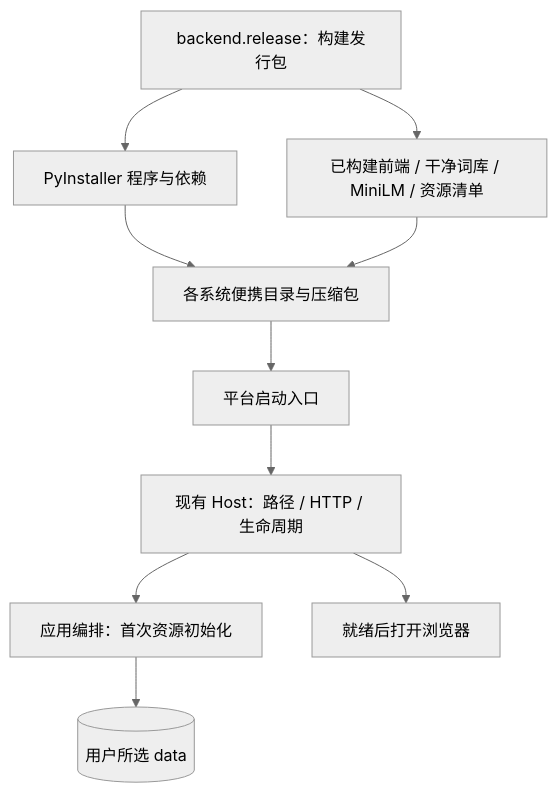
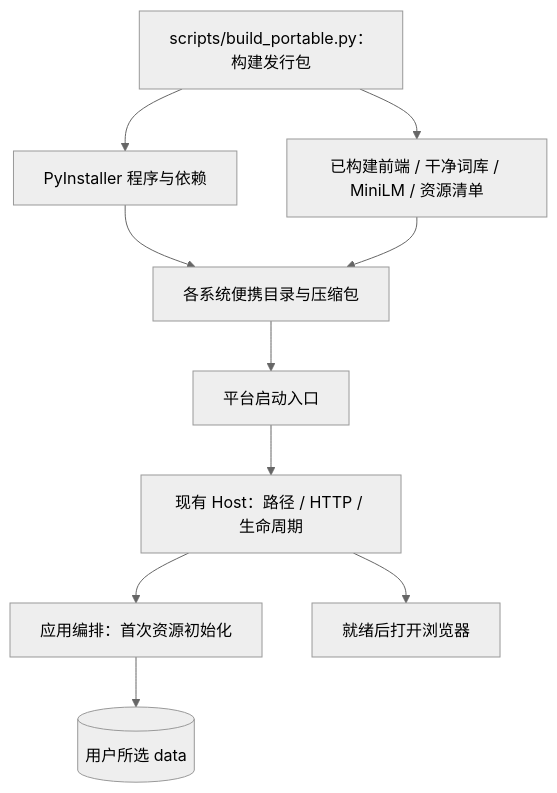
One commit to Lykr/pictide changed the first of 2 diagrams in docs/issues/automatic-startup.md. Above: the diagram before and after it, drawn with Mermaid (neutral theme). The commit also changed other lines of this file and 17 other files, not shown here.

Commit message:
Build directory-style portable bundles with offline startup resources

````diff
--- a/docs/issues/automatic-startup.md
+++ b/docs/issues/automatic-startup.md
@@ -11,12 +11,12 @@
 ```mermaid
 flowchart TD
-    Build["backend.release：构建发行包"] --> Program["PyInstaller 程序与依赖"]
+    Build["scripts/build_portable.py：构建发行包"] --> Program["PyInstaller 程序与依赖"]
     Build --> Assets["已构建前端 / 干净词库 / MiniLM / 资源清单"]
     Program --> Package["各系统便携目录与压缩包"]
     Assets --> Package
     Package --> Entry["平台启动入口"]
     Entry --> Host["现有 Host：路径 / HTTP / 生命周期"]
     Host --> Init["应用编排：首次资源初始化"]
     Init --> Data[("用户所选 data")]
     Host --> Browser["就绪后打开浏览器"]
 ```
````
